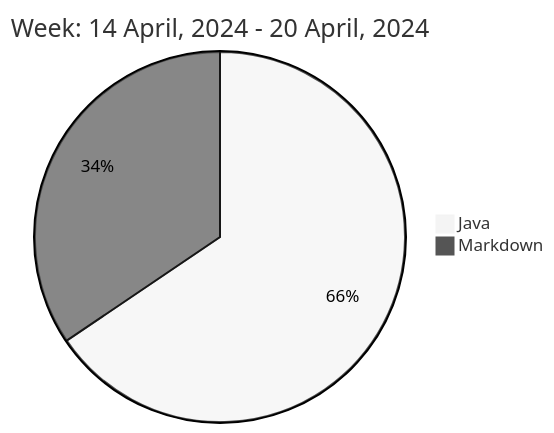
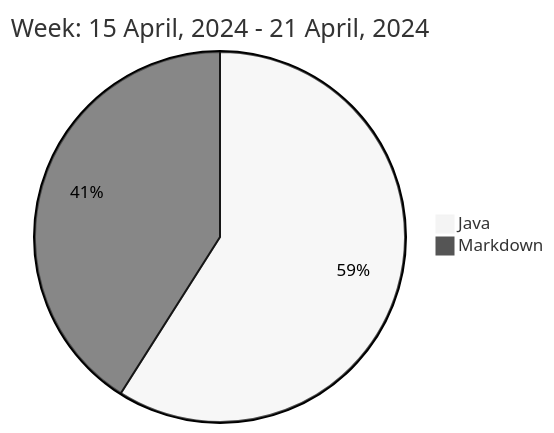
Before and after one commit to liubin95/liubin95: the diagram in README.md, drawn with Mermaid (neutral theme).

Commit message:
Updated the Graph with new Metrics

````diff
--- a/README.md
+++ b/README.md
@@ -37,6 +37,6 @@
 ```mermaid
  pie
-title Week: 14 April, 2024 - 20 April, 2024
- "Java" : 2.13
- "Markdown" : 1.12
+title Week: 15 April, 2024 - 21 April, 2024
+ "Java" : 2.95
+ "Markdown" : 2.05
 ```
````
